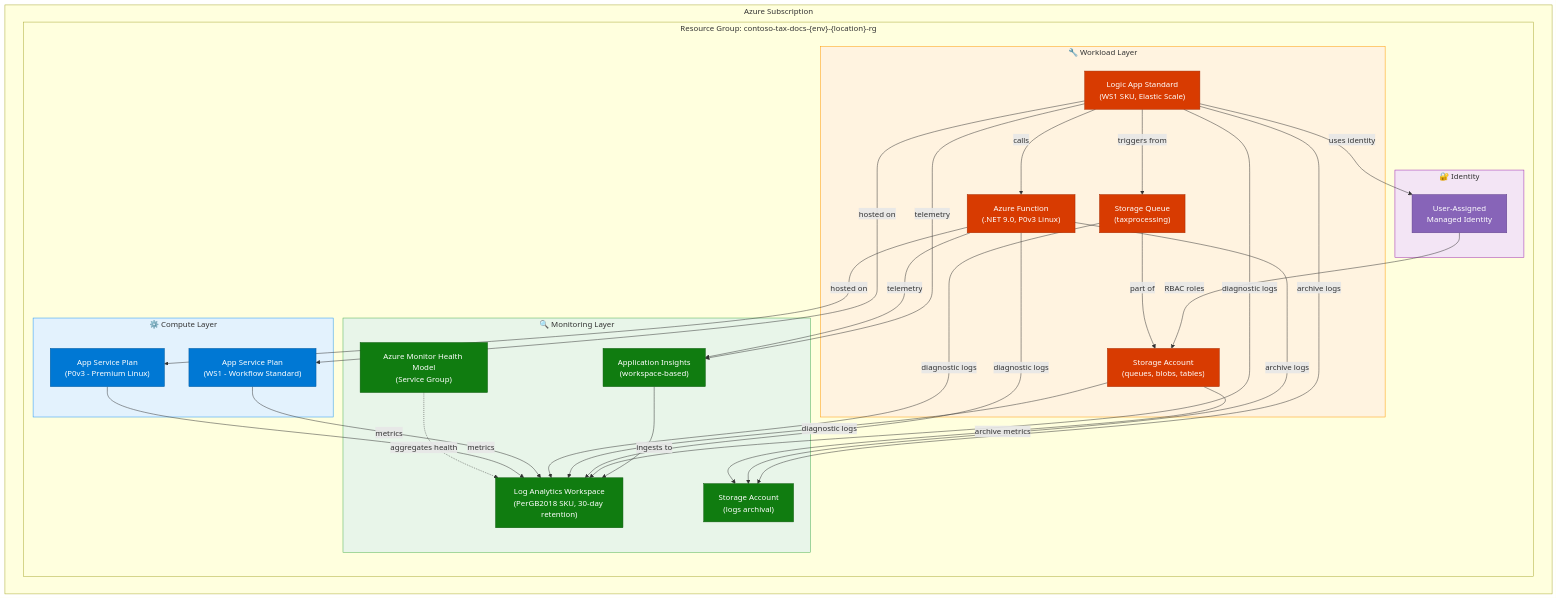
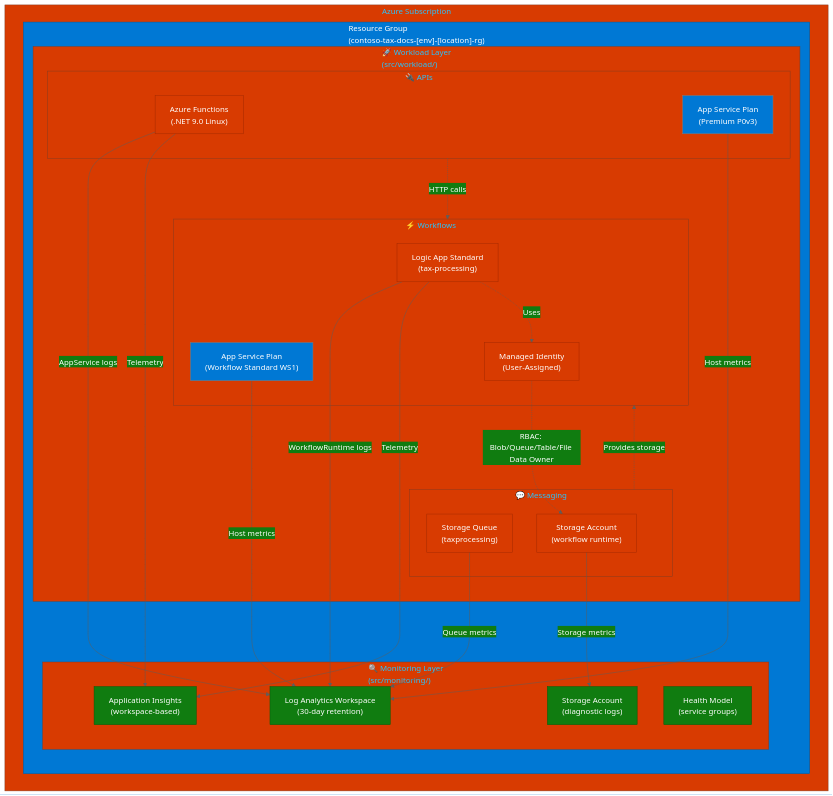
Before and after one commit to Evilazaro/Azure-LogicApps-Monitoring: the diagram in README.md, drawn with Mermaid. The commit also changed other lines of this file, not shown here.

Commit message:
Implement feature X to enhance user experience and optimize performance

````diff
--- a/README.md
+++ b/README.md
@@ -161,79 +107,59 @@
 ```mermaid
+%%{init: {'theme':'base', 'themeVariables': { 'primaryColor':'#0078D4', 'primaryTextColor':'#fff', 'primaryBorderColor':'#7C7C7C', 'lineColor':'#605E5C', 'secondaryColor':'#107C10', 'tertiaryColor':'#D83B01'}}}%%
 graph TB
-    subgraph Azure Subscription
-        subgraph "Resource Group: contoso-tax-docs-{env}-{location}-rg"
+    subgraph Azure["Azure Subscription"]
+        subgraph RG["Resource Group<br/>(contoso-tax-docs-[env]-[location]-rg)"]
             
-            subgraph Monitoring["🔍 Monitoring Layer"]
-                LAW["Log Analytics Workspace<br/>(PerGB2018 SKU, 30-day retention)"]
-                AppInsights["Application Insights<br/>(workspace-based)"]
-                LogStorage["Storage Account<br/>(logs archival)"]
-                HealthModel["Azure Monitor Health Model<br/>(Service Group)"]
-                
-                style LAW fill:#107C10,stroke:#0B5A0B,color:#fff
-                style AppInsights fill:#107C10,stroke:#0B5A0B,color:#fff
-                style LogStorage fill:#107C10,stroke:#0B5A0B,color:#fff
-                style HealthModel fill:#107C10,stroke:#0B5A0B,color:#fff
+            subgraph Monitoring["🔍 Monitoring Layer<br/>(src/monitoring/)"]
+                LAW["Log Analytics Workspace<br/>(30-day retention)"]
+                AI["Application Insights<br/>(workspace-based)"]
+                LogStorage["Storage Account<br/>(diagnostic logs)"]
+                Health["Health Model<br/>(service groups)"]
             end
             
-            subgraph Workload["🔧 Workload Layer"]
-                LogicApp["Logic App Standard<br/>(WS1 SKU, Elastic Scale)"]
-                FunctionApp["Azure Function<br/>(.NET 9.0, P0v3 Linux)"]
-                WorkflowStorage["Storage Account<br/>(queues, blobs, tables)"]
-                Queue["Storage Queue<br/>(taxprocessing)"]
+            subgraph Workload["🚀 Workload Layer<br/>(src/workload/)"]
+                subgraph Messaging["💬 Messaging"]
+                    WStorage["Storage Account<br/>(workflow runtime)"]
+                    Queue["Storage Queue<br/>(taxprocessing)"]
+                end
                 
-                style LogicApp fill:#D83B01,stroke:#A62A00,color:#fff
-                style FunctionApp fill:#D83B01,stroke:#A62A00,color:#fff
-                style WorkflowStorage fill:#D83B01,stroke:#A62A00,color:#fff
-                style Queue fill:#D83B01,stroke:#A62A00,color:#fff
+                subgraph APIs["🔌 APIs"]
+                    Function["Azure Functions<br/>(.NET 9.0 Linux)"]
+                    FuncPlan["App Service Plan<br/>(Premium P0v3)"]
+                end
+                
+                subgraph Workflows["⚡ Workflows"]
+                    LogicApp["Logic App Standard<br/>(tax-processing)"]
+                    MI["Managed Identity<br/>(User-Assigned)"]
+                    LAPlan["App Service Plan<br/>(Workflow Standard WS1)"]
+                end
             end
-            
-            subgraph Compute["⚙️ Compute Layer"]
-                ASP_Logic["App Service Plan<br/>(WS1 - Workflow Standard)"]
-                ASP_Function["App Service Plan<br/>(P0v3 - Premium Linux)"]
-                
-                style ASP_Logic fill:#0078D4,stroke:#005A9E,color:#fff
-                style ASP_Function fill:#0078D4,stroke:#005A9E,color:#fff
-            end
-            
-            subgraph Identity["🔐 Identity"]
-                ManagedID["User-Assigned<br/>Managed Identity"]
-                
-                style ManagedID fill:#8764B8,stroke:#5E3F8A,color:#fff
-            end
-            
         end
     end
     
-    %% Data Flow Relationships
-    LogicApp -->|telemetry| AppInsights
-    FunctionApp -->|telemetry| AppInsights
-    AppInsights -->|ingests to| LAW
+    %% Data flow arrows
+    LogicApp -->|WorkflowRuntime logs| LAW
+    LogicApp -->|Telemetry| AI
+    Function -->|AppService logs| LAW
+    Function -->|Telemetry| AI
+    Queue -->|Queue metrics| LAW
+    WStorage -->|Storage metrics| LogStorage
+    LAPlan -->|Host metrics| LAW
+    FuncPlan -->|Host metrics| LAW
     
-    LogicApp -->|diagnostic logs| LAW
-    FunctionApp -->|diagnostic logs| LAW
-    WorkflowStorage -->|diagnostic logs| LAW
-    Queue -->|diagnostic logs| LAW
-    ASP_Logic -->|metrics| LAW
-    ASP_Function -->|metrics| LAW
+    %% Authentication flows
+    MI -.->|RBAC: Blob/Queue/Table/File Data Owner| WStorage
+    LogicApp -.->|Uses| MI
     
-    LogicApp -->|archive logs| LogStorage
-    FunctionApp -->|archive logs| LogStorage
-    WorkflowStorage -->|archive metrics| LogStorage
+    %% Dependencies
+    Messaging -.->|Provides storage| Workflows
+    APIs -.->|HTTP calls| Workflows
     
-    LogicApp -->|hosted on| ASP_Logic
-    FunctionApp -->|hosted on| ASP_Function
+    classDef monitoringStyle fill:#107C10,stroke:#0B5A0B,color:#fff
+    classDef workloadStyle fill:#D83B01,stroke:#A32A00,color:#fff
+    classDef infraStyle fill:#0078D4,stroke:#005A9E,color:#fff
     
-    LogicApp -->|uses identity| ManagedID
-    ManagedID -->|RBAC roles| WorkflowStorage
-    
-    Queue -->|part of| WorkflowStorage
-    LogicApp -->|triggers from| Queue
-    LogicApp -->|calls| FunctionApp
-    
-    HealthModel -.aggregates health.-> LAW
-    
-    style Monitoring fill:#E8F5E9,stroke:#4CAF50
-    style Workload fill:#FFF3E0,stroke:#FF9800
-    style Compute fill:#E3F2FD,stroke:#2196F3
-    style Identity fill:#F3E5F5,stroke:#9C27B0
+    class LAW,AI,LogStorage,Health monitoringStyle
+    class LogicApp,Function,WStorage,Queue,MI workloadStyle
+    class RG infraStyle
 ```
````
